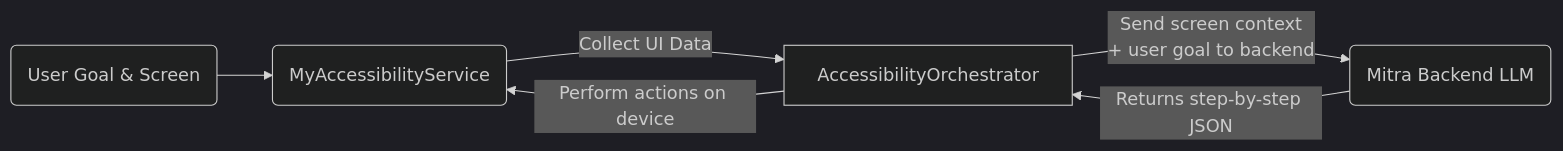
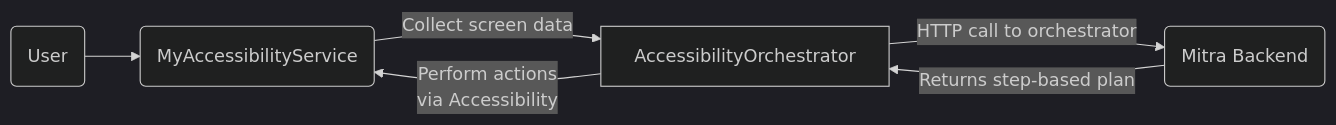
One commit to coderfornow/mitra-ai-android changed the diagram in README.md. Above: the diagram before and after it, drawn with Mermaid (dark theme). The commit also changed other lines of this file, not shown here.

````diff
--- a/README.md
+++ b/README.md
@@ -47,8 +51,8 @@
 ```mermaid
 flowchart LR
-    A(User Goal & Screen) --> B(MyAccessibilityService)
-    B -->|Collect UI Data| D[AccessibilityOrchestrator]
-    D -->|Send screen context\n+ user goal to backend| E(Mitra Backend LLM)
-    E -->|Returns step-by-step JSON| D
-    D -->|Perform actions on device| B
+    A(User) --> B(MyAccessibilityService)
+    B -->|Collect screen data| D[AccessibilityOrchestrator]
+    D -->|HTTP call to orchestrator| E(Mitra Backend)
+    E -->|Returns step-based plan| D
+    D -->|Perform actions\nvia Accessibility| B
 ```
````
